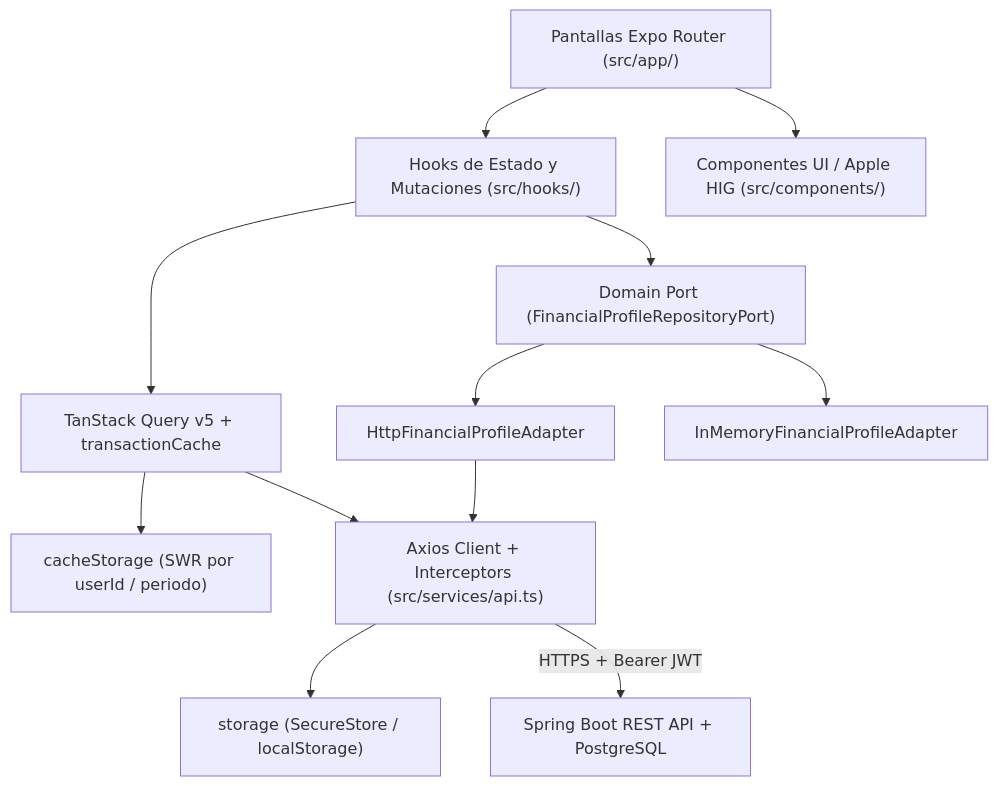
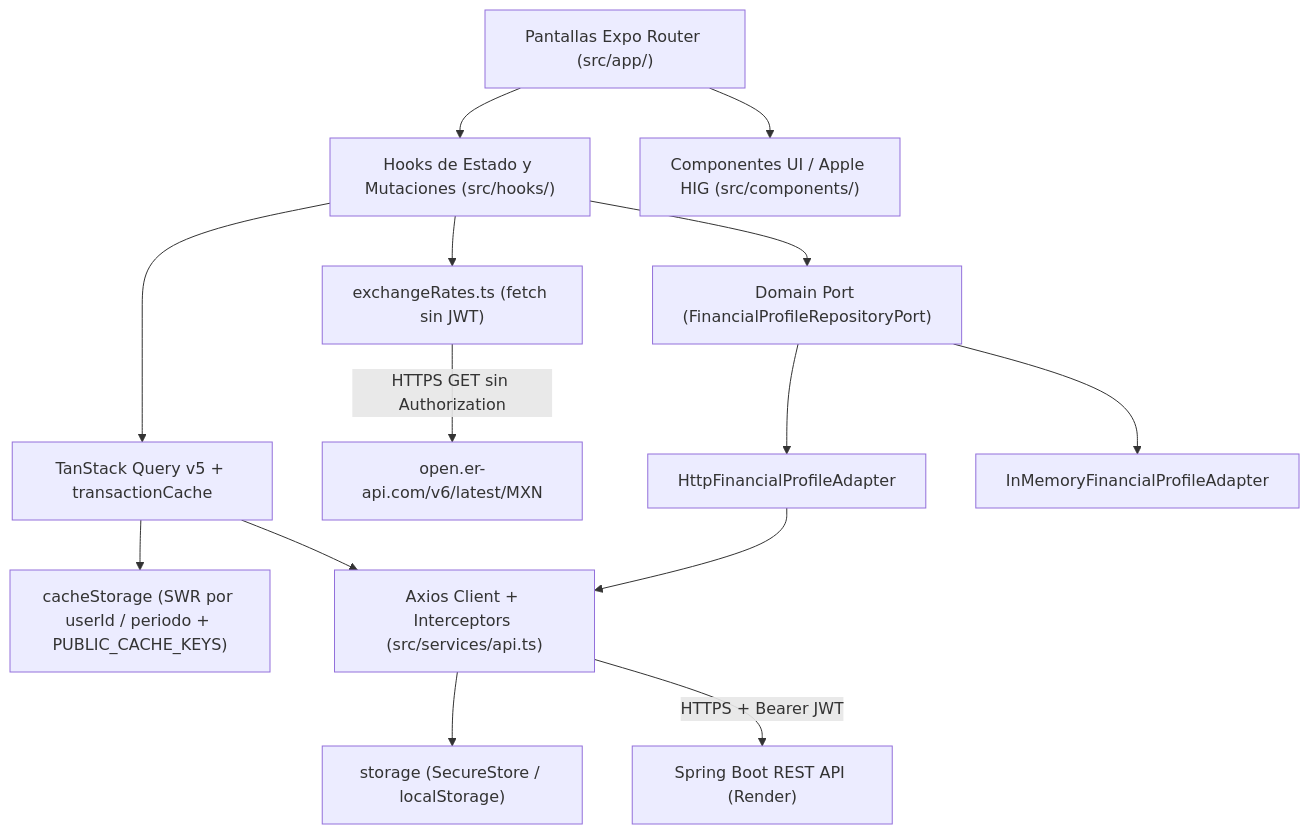
Before and after one commit to xLegitGhost/zentia-app: the first of 3 diagrams in README.md, drawn with Mermaid. The commit also changed other lines of this file and 11 other files, not shown here.

Commit message:
feat: add public exchange rate api, clean home promo, and test suite

````diff
--- a/README.md
+++ b/README.md
@@ -51,14 +55,16 @@
 ```mermaid
 flowchart TD
     UI["Pantallas Expo Router (src/app/)"] --> HOOKS["Hooks de Estado y Mutaciones (src/hooks/)"]
     UI --> COMP["Componentes UI / Apple HIG (src/components/)"]
     HOOKS --> RQ["TanStack Query v5 + transactionCache"]
+    HOOKS --> FX["exchangeRates.ts (fetch sin JWT)"]
     HOOKS --> PORT["Domain Port (FinancialProfileRepositoryPort)"]
     PORT --> HTTP_ADAPTER["HttpFinancialProfileAdapter"]
     PORT --> MEM_ADAPTER["InMemoryFinancialProfileAdapter"]
-    RQ --> CACHE["cacheStorage (SWR por userId / periodo)"]
+    RQ --> CACHE["cacheStorage (SWR por userId / periodo + PUBLIC_CACHE_KEYS)"]
     HTTP_ADAPTER --> API["Axios Client + Interceptors (src/services/api.ts)"]
     RQ --> API
     API --> SEC["storage (SecureStore / localStorage)"]
-    API -->|HTTPS + Bearer JWT| BACKEND["Spring Boot REST API + PostgreSQL"]
+    API -->|HTTPS + Bearer JWT| BACKEND["Spring Boot REST API (Render)"]
+    FX -->|HTTPS GET sin Authorization| ERAPI["open.er-api.com/v6/latest/MXN"]
 ```
````
